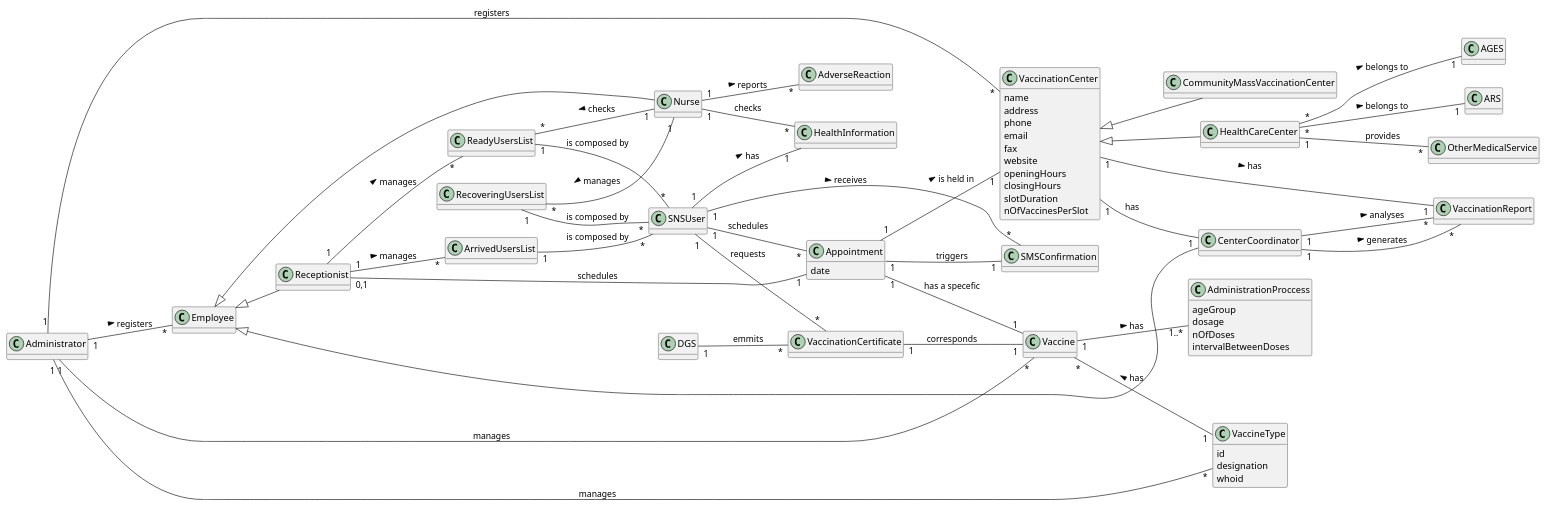
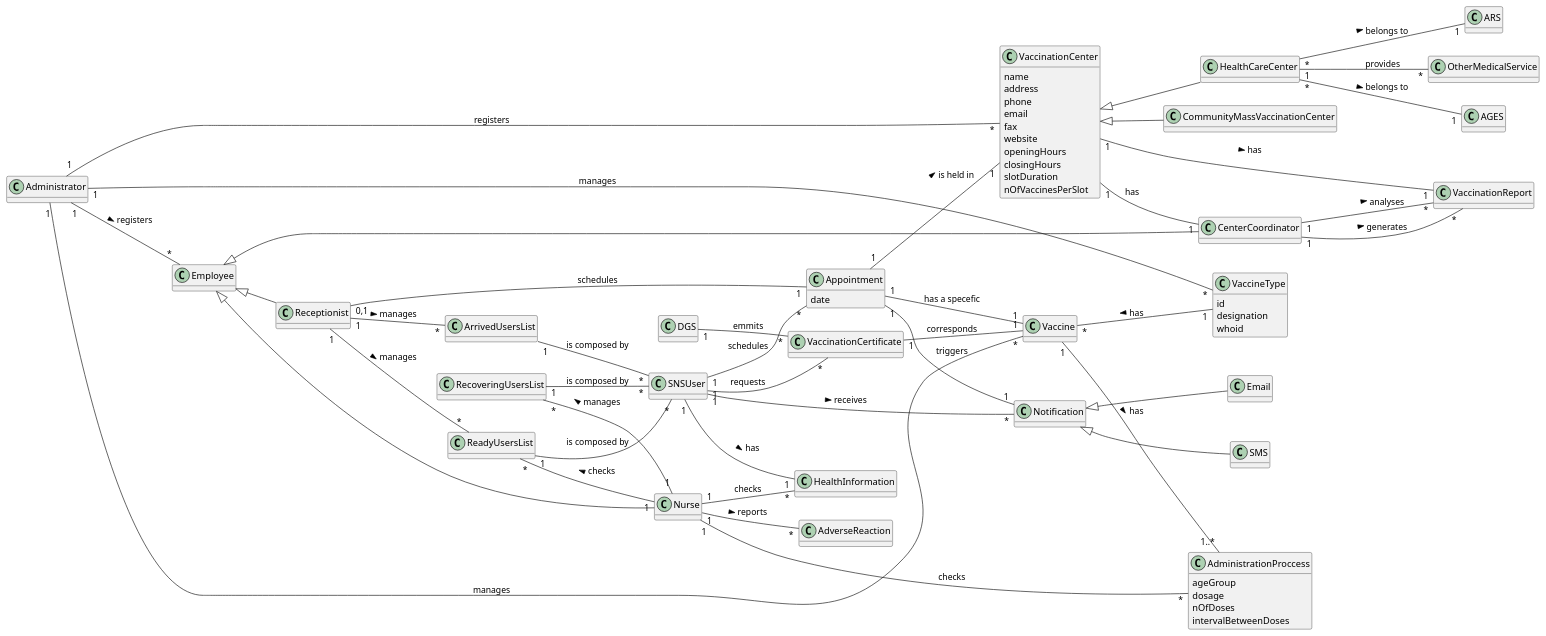
The diagram in docs/SprintA/DM.puml (miseEnPlace-i/lapr2), drawn with PlantUML before and after one commit. The commit also changed 7 other files, not shown here.

```diff
--- a/docs/SprintA/DM.puml
+++ b/docs/SprintA/DM.puml
@@ -1,117 +1,122 @@
 @startuml
 
 hide methods
 left to right direction
 skinparam classAttributeIconSize 0
 
 class CommunityMassVaccinationCenter {}
 
 class HealthCareCenter {}
 
 class VaccinationCenter {
   name
   address
   phone
   email
   fax
   website
   openingHours
   closingHours
   slotDuration
   nOfVaccinesPerSlot
 }
 
 class Vaccine {}
 
 class VaccineType {
   id
   designation
   whoid
 }
 
 class SNSUser {}
 
 class HealthInformation {}
 
 class Administrator {}
 
 class Employee {}
 
 class Nurse {}
 
 class Receptionist {}
 
 class CenterCoordinator {}
 
 class Appointment {
   date
 }
 
 class AdministrationProccess {
   ageGroup
   dosage
   nOfDoses
   intervalBetweenDoses
 }
 
 class AGES {}
 
 class ARS {}
 
 Vaccine "*" -- "1" VaccineType : has <
 
 Employee <|-- Nurse
 Employee <|-- Receptionist
 Employee <|-- CenterCoordinator
 
 VaccinationCenter <|-- CommunityMassVaccinationCenter
 VaccinationCenter <|-- HealthCareCenter
 
 VaccinationCenter "1" -- "1" CenterCoordinator : has 
 
 HealthCareCenter "*" -- "1" AGES : belongs to > 
 HealthCareCenter "*" -- "1" ARS : belongs to >
 
 Appointment "1" -- "1" VaccinationCenter : is held in >
 Appointment "1" -- "1" Vaccine : has a specefic 
-Appointment "1" -- "1" SMSConfirmation : triggers 
+Appointment "1" -- "1" Notification : triggers 
 
 Receptionist "1" -- "*" ReadyUsersList : manages >
 Receptionist "1" -- "*" ArrivedUsersList : manages >
 
 ReadyUsersList "1" -- "*" SNSUser : is composed by 
 ArrivedUsersList "1" -- "*" SNSUser : is composed by 
 RecoveringUsersList "1" -- "*" SNSUser : is composed by 
 
 ReadyUsersList "*" -- "1" Nurse : checks <
 RecoveringUsersList "*" -- "1" Nurse : manages <
 
 Administrator "1" -- "*" Employee : registers >
 Administrator "1" -- "*" VaccinationCenter : registers 
 Administrator "1" -- "*" VaccineType : manages 
 Administrator "1" -- "*" Vaccine : manages 
 
 SNSUser "1" -- "*" Appointment : schedules 
 SNSUser "1" -- "1" HealthInformation : has >
 
 Vaccine "1" -- "1..*" AdministrationProccess : has >
 
-SNSUser "1" -- "*" SMSConfirmation : receives >
+SNSUser "1" -- "*" Notification : receives >
 
 HealthCareCenter "1" -- "*" OtherMedicalService : provides 
 
 SNSUser "1" -- "*" VaccinationCertificate : requests
 
 VaccinationCertificate "1" -- "1" Vaccine : corresponds 
 DGS "1" -- "*" VaccinationCertificate : emmits
 
 Receptionist "0,1" -- "1" Appointment : schedules
 
 Nurse "1" -- "*" AdverseReaction : reports >
 Nurse "1" -- "*" HealthInformation : checks 
 
 VaccinationCenter "1" -- "1" VaccinationReport : has >
 CenterCoordinator "1" -- "*" VaccinationReport : analyses >
 CenterCoordinator "1" -- "*" VaccinationReport : generates >
 
+Nurse "1" -- "*" AdministrationProccess : checks
+
+Notification <|-- SMS
+Notification <|-- Email
+
 @enduml
```
